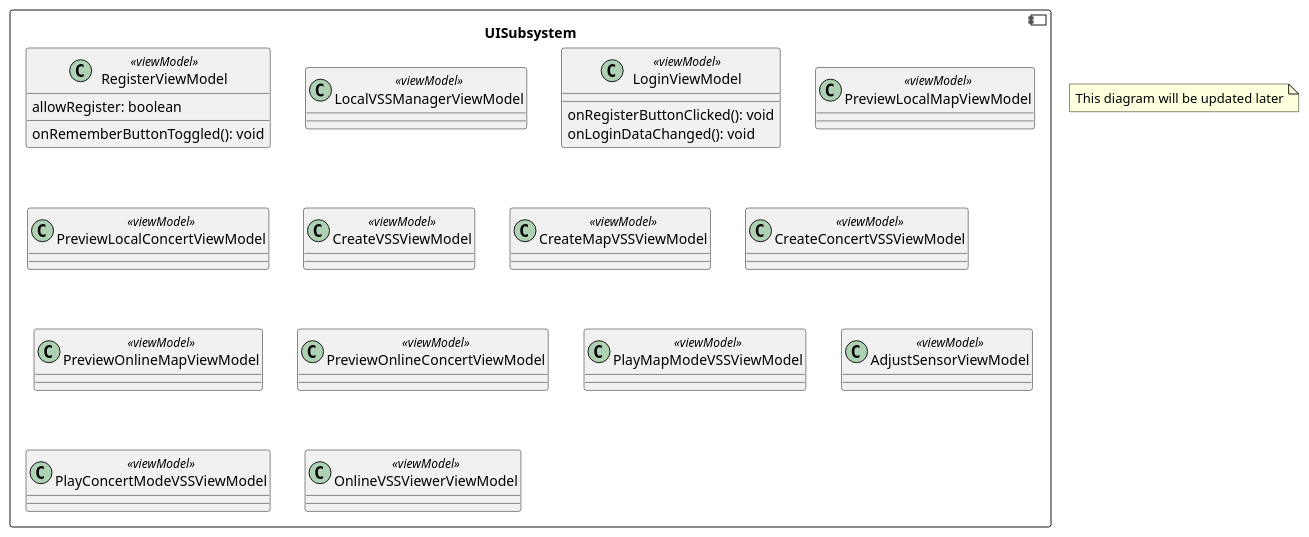
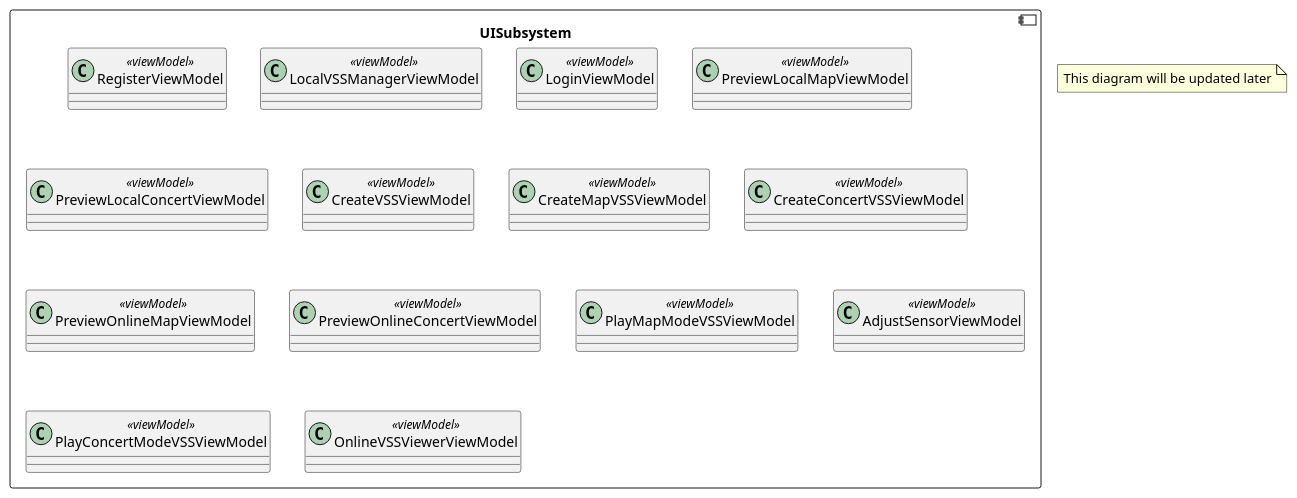
One commit to kpp19920121/doc changed the second of 14 diagrams in 设计/软件架构文档.md. Above: the diagram before and after it, drawn with PlantUML. The commit also changed other lines of this file and 22 other files, not shown here.

Commit message:
Add subsystem sequence diagrams

````diff
--- a/设计/软件架构文档.md
+++ b/设计/软件架构文档.md
@@ -120,57 +123,52 @@
 ```PlantUML
 @startuml Diagrams/UISubsystemClassDiagram
 note "This diagram will be updated later" as notes
 
 component UISubsystem {
     class RegisterViewModel <<viewModel>> {
-    	allowRegister: boolean
-    	onRememberButtonToggled(): void
-
     }
     class LocalVSSManagerViewModel <<viewModel>> {
 
     }
     class LoginViewModel <<viewModel>> {
 
-    	onRegisterButtonClicked(): void
-    	onLoginDataChanged(): void
     }
     class PreviewLocalMapViewModel <<viewModel>> {
 
     }
     class PreviewLocalConcertViewModel <<viewModel>> {
 
     }
     class CreateVSSViewModel <<viewModel>> {
 
     }
     class CreateMapVSSViewModel <<viewModel>> {
 
     }
     class CreateConcertVSSViewModel <<viewModel>> {
 
     }
     class PreviewOnlineMapViewModel <<viewModel>> {
 
     }
     class PreviewOnlineConcertViewModel <<viewModel>> {
 
     }
     class PlayMapModeVSSViewModel <<viewModel>> {
 
     }
 
     class AdjustSensorViewModel <<viewModel>> {
 
     }
     class PlayConcertModeVSSViewModel <<viewModel>> {
 
     }
 
     class OnlineVSSViewerViewModel <<viewModel>> {
 
     }
 }
 
 @enduml
 ```
````
